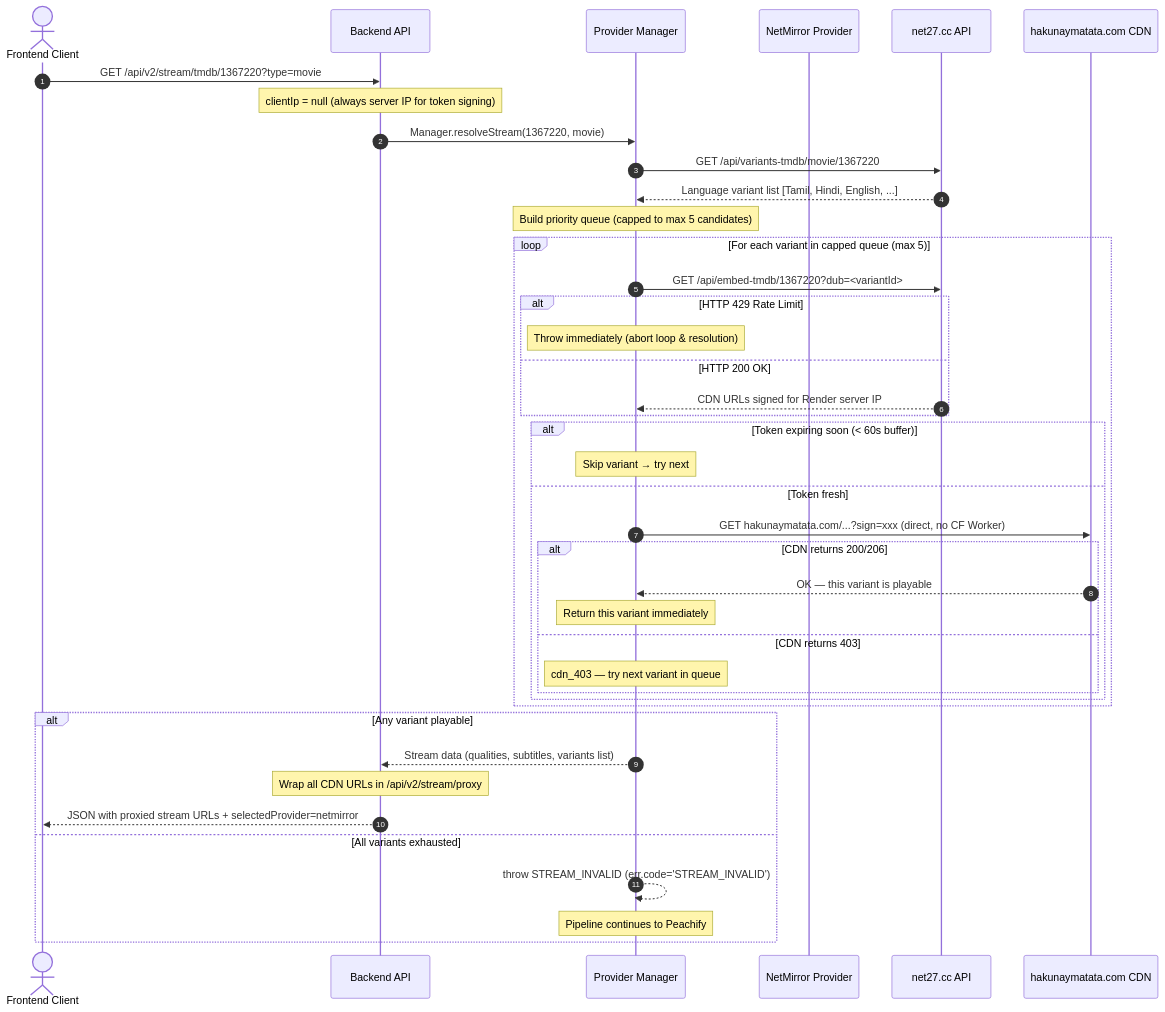
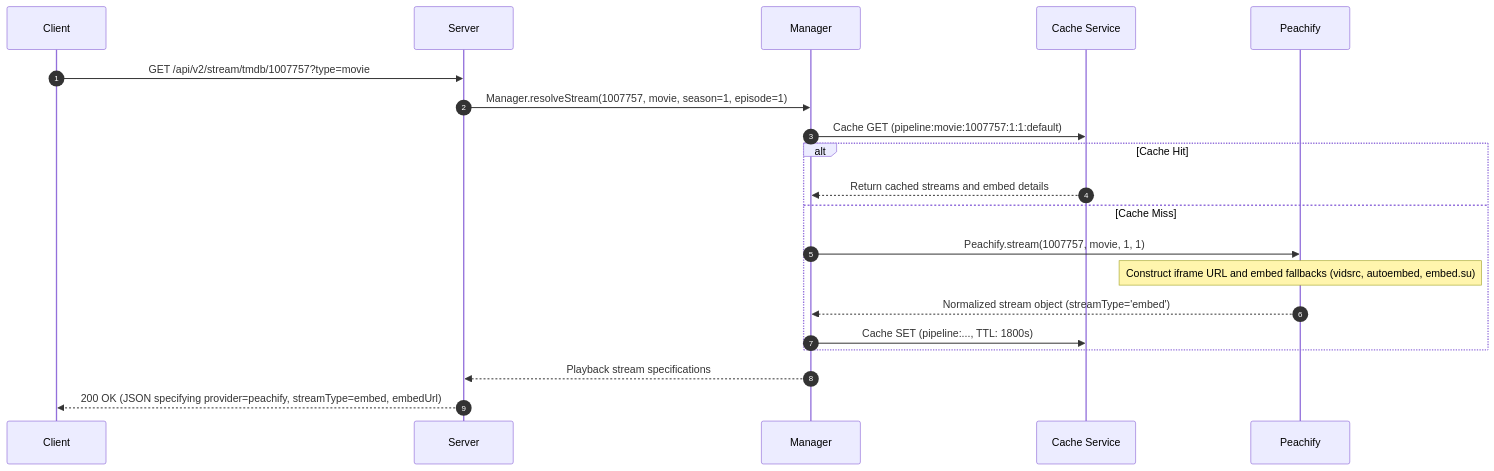
Before and after one commit to Kalaitechtubee/MovieZon-api: the fourth of 6 diagrams in api_flow_documentation.md, drawn with Mermaid. The commit also changed other lines of this file and 14 other files, not shown here.

````diff
--- a/api_flow_documentation.md
+++ b/api_flow_documentation.md
@@ -161,49 +131,19 @@
 ```mermaid
 sequenceDiagram
     autonumber
-    actor Client as Frontend Client
-    participant Server as Backend API
-    participant Manager as Provider Manager
-    participant NM as NetMirror Provider
-    participant NM_API as net27.cc API
-    participant CDN as hakunaymatata.com CDN
-
-    Client->>Server: GET /api/v2/stream/tmdb/1367220?type=movie
-    Note over Server: clientIp = null (always server IP for token signing)
-    Server->>Manager: Manager.resolveStream(1367220, movie)
-
-    Manager->>NM_API: GET /api/variants-tmdb/movie/1367220
-    NM_API-->>Manager: Language variant list [Tamil, Hindi, English, ...]
-
-    Note over Manager: Build priority queue (capped to max 5 candidates)
-
-    loop For each variant in capped queue (max 5)
-        Manager->>NM_API: GET /api/embed-tmdb/1367220?dub=<variantId>
-        alt HTTP 429 Rate Limit
-            Note over Manager: Throw immediately (abort loop & resolution)
-        else HTTP 200 OK
-            NM_API-->>Manager: CDN URLs signed for Render server IP
-        end
-
-        alt Token expiring soon (< 60s buffer)
-            Note over Manager: Skip variant → try next
-        else Token fresh
-            Manager->>CDN: GET hakunaymatata.com/...?sign=xxx (direct, no CF Worker)
-            alt CDN returns 200/206
-                CDN-->>Manager: OK — this variant is playable
-                Note over Manager: Return this variant immediately
-            else CDN returns 403
-                Note over Manager: cdn_403 — try next variant in queue
-            end
-        end
+    Client->>Server: GET /api/v2/stream/tmdb/1007757?type=movie
+    Server->>Manager: Manager.resolveStream(1007757, movie, season=1, episode=1)
+    
+    Manager->>Cache Service: Cache GET (pipeline:movie:1007757:1:1:default)
+    alt Cache Hit
+        Cache Service-->>Manager: Return cached streams and embed details
+    else Cache Miss
+        Manager->>Peachify: Peachify.stream(1007757, movie, 1, 1)
+        Note over Peachify: Construct iframe URL and embed fallbacks (vidsrc, autoembed, embed.su)
+        Peachify-->>Manager: Normalized stream object (streamType='embed')
+        Manager->>Cache Service: Cache SET (pipeline:..., TTL: 1800s)
     end
-
-    alt Any variant playable
-        Manager-->>Server: Stream data (qualities, subtitles, variants list)
-        Note over Server: Wrap all CDN URLs in /api/v2/stream/proxy
-        Server-->>Client: JSON with proxied stream URLs + selectedProvider=netmirror
-    else All variants exhausted
-        Manager-->>Manager: throw STREAM_INVALID (err.code='STREAM_INVALID')
-        Note over Manager: Pipeline continues to Peachify
-    end
+    
+    Manager-->>Server: Playback stream specifications
+    Server-->>Client: 200 OK (JSON specifying provider=peachify, streamType=embed, embedUrl)
 ```
````
